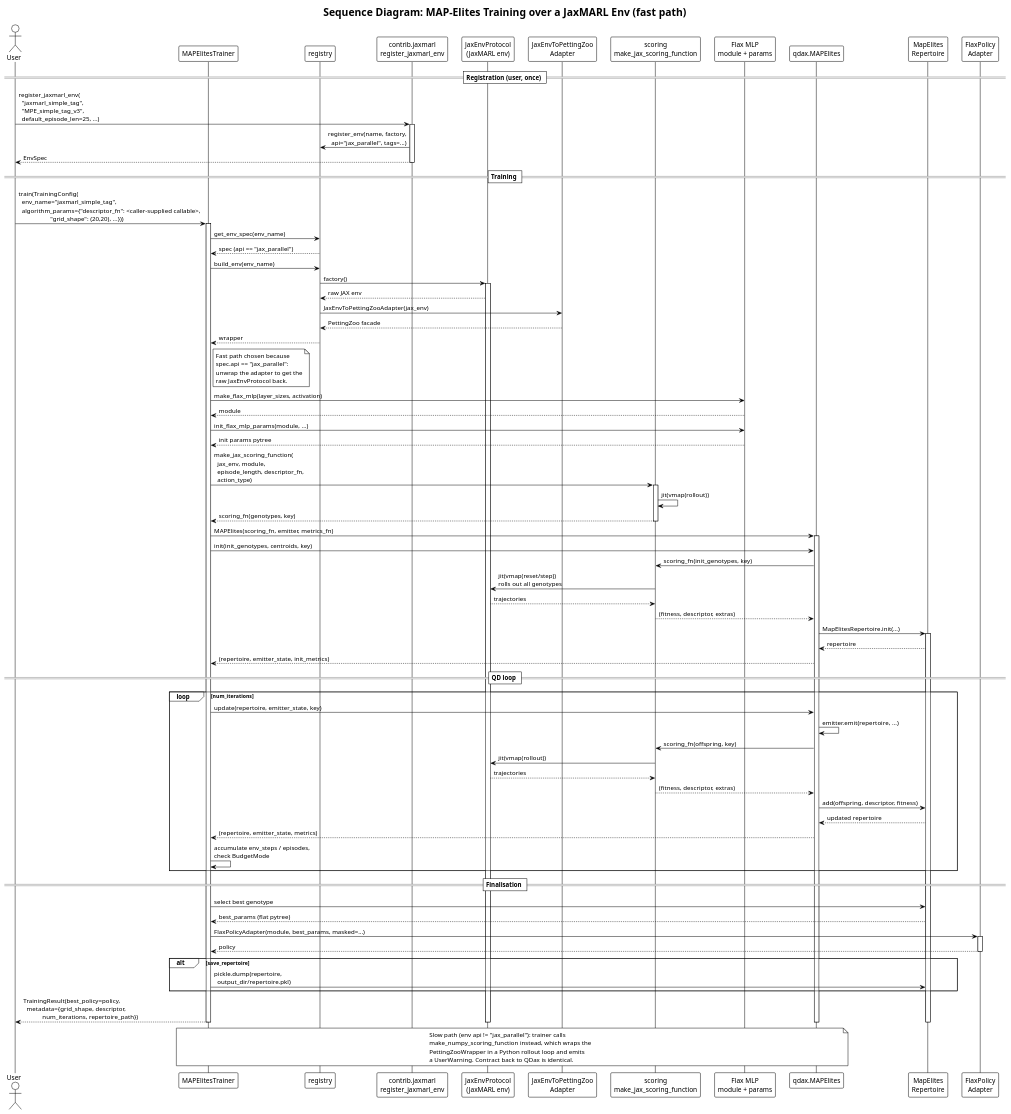
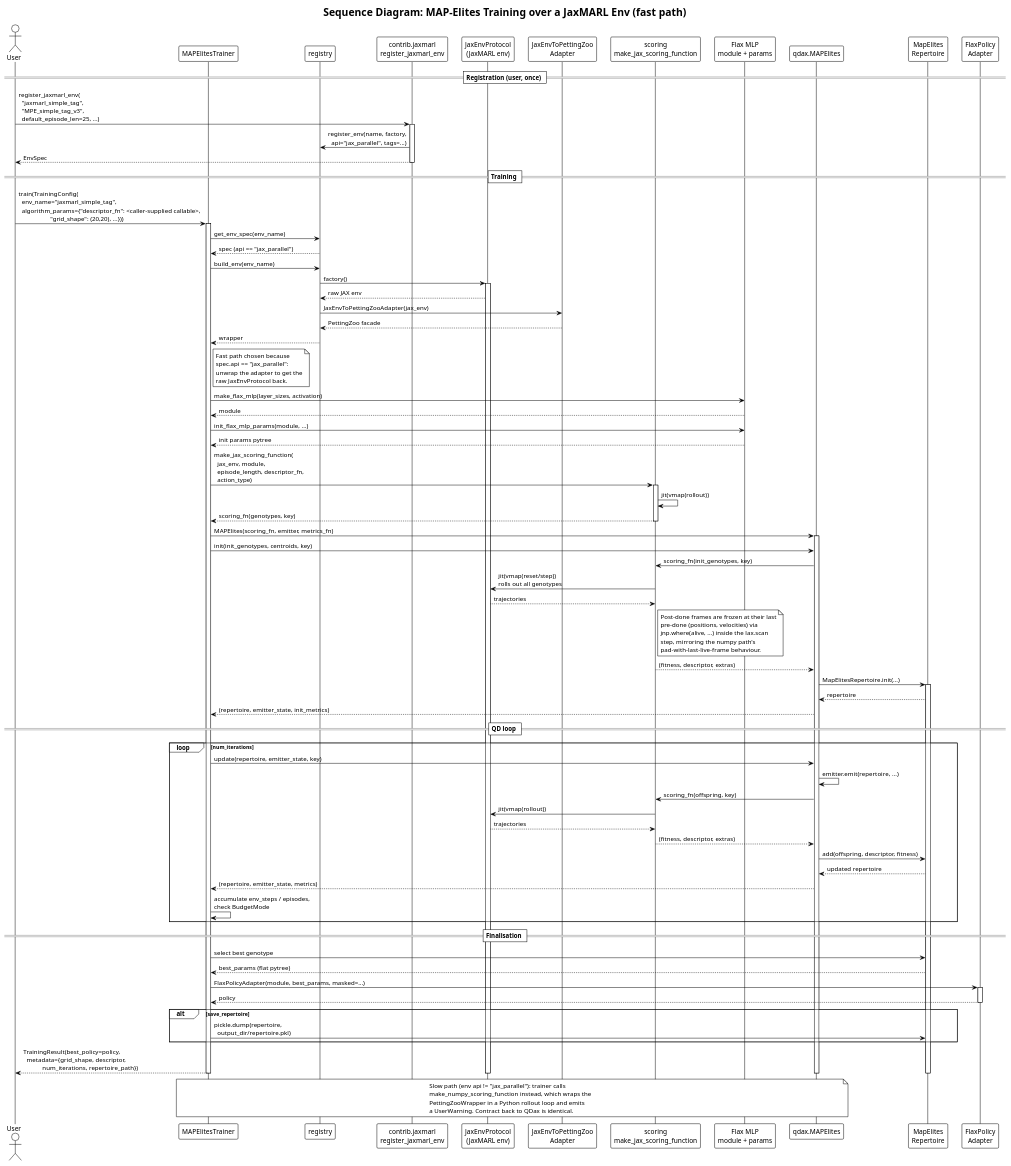
The diagram in docs/UML/sequence_qdax_jax.puml (Alex180504/DEAP-Zoo-bridge), drawn with PlantUML before and after one commit. The commit also changed 16 other files, not shown here.

```diff
--- a/docs/UML/sequence_qdax_jax.puml
+++ b/docs/UML/sequence_qdax_jax.puml
@@ -1,114 +1,121 @@
 @startuml sequence_qdax_jax
 !theme plain
 title Sequence Diagram: MAP-Elites Training over a JaxMARL Env (fast path)
 
 actor "User" as User
 participant "MAPElitesTrainer" as Trainer
 participant "registry" as Registry
 participant "contrib.jaxmarl\nregister_jaxmarl_env" as JaxMARLMod
 participant "JaxEnvProtocol\n(JaxMARL env)" as JaxEnv
 participant "JaxEnvToPettingZoo\nAdapter" as Adapter
 participant "scoring\nmake_jax_scoring_function" as Scoring
 participant "Flax MLP\nmodule + params" as Flax
 participant "qdax.MAPElites" as QDax
 participant "MapElites\nRepertoire" as Repertoire
 participant "FlaxPolicy\nAdapter" as Policy
 
 == Registration (user, once) ==
 
 User -> JaxMARLMod : register_jaxmarl_env(\n  "jaxmarl_simple_tag",\n  "MPE_simple_tag_v3",\n  default_episode_len=25, ...)
 activate JaxMARLMod
 JaxMARLMod -> Registry : register_env(name, factory,\n  api="jax_parallel", tags=...)
 JaxMARLMod --> User : EnvSpec
 deactivate JaxMARLMod
 
 == Training ==
 
 User -> Trainer : train(TrainingConfig(\n  env_name="jaxmarl_simple_tag",\n  algorithm_params={"descriptor_fn": <caller-supplied callable>,\n                    "grid_shape": (20,20), ...}))
 activate Trainer
 
 Trainer -> Registry : get_env_spec(env_name)
 Registry --> Trainer : spec (api == "jax_parallel")
 
 Trainer -> Registry : build_env(env_name)
 Registry -> JaxEnv : factory()
 activate JaxEnv
 JaxEnv --> Registry : raw JAX env
 Registry -> Adapter : JaxEnvToPettingZooAdapter(jax_env)
 Adapter --> Registry : PettingZoo facade
 Registry --> Trainer : wrapper
 
 note right of Trainer
   Fast path chosen because
   spec.api == "jax_parallel":
   unwrap the adapter to get the
   raw JaxEnvProtocol back.
 end note
 
 Trainer -> Flax : make_flax_mlp(layer_sizes, activation)
 Flax --> Trainer : module
 Trainer -> Flax : init_flax_mlp_params(module, ...)
 Flax --> Trainer : init params pytree
 
 Trainer -> Scoring : make_jax_scoring_function(\n  jax_env, module,\n  episode_length, descriptor_fn,\n  action_type)
 activate Scoring
 Scoring -> Scoring : jit(vmap(rollout))
 Scoring --> Trainer : scoring_fn(genotypes, key)
 deactivate Scoring
 
 Trainer -> QDax : MAPElites(scoring_fn, emitter, metrics_fn)
 activate QDax
 
 Trainer -> QDax : init(init_genotypes, centroids, key)
 QDax -> Scoring : scoring_fn(init_genotypes, key)
 Scoring -> JaxEnv : jit(vmap(reset/step))\nrolls out all genotypes
 JaxEnv --> Scoring : trajectories
+note right of Scoring
+  Post-done frames are frozen at their last
+  pre-done (positions, velocities) via
+  jnp.where(alive, ...) inside the lax.scan
+  step, mirroring the numpy path's
+  pad-with-last-live-frame behaviour.
+end note
 Scoring --> QDax : (fitness, descriptor, extras)
 QDax -> Repertoire : MapElitesRepertoire.init(...)
 activate Repertoire
 Repertoire --> QDax : repertoire
 QDax --> Trainer : (repertoire, emitter_state, init_metrics)
 
 == QD loop ==
 
 loop num_iterations
     Trainer -> QDax : update(repertoire, emitter_state, key)
     QDax -> QDax : emitter.emit(repertoire, ...)
     QDax -> Scoring : scoring_fn(offspring, key)
     Scoring -> JaxEnv : jit(vmap(rollout))
     JaxEnv --> Scoring : trajectories
     Scoring --> QDax : (fitness, descriptor, extras)
     QDax -> Repertoire : add(offspring, descriptor, fitness)
     Repertoire --> QDax : updated repertoire
     QDax --> Trainer : (repertoire, emitter_state, metrics)
     Trainer -> Trainer : accumulate env_steps / episodes,\ncheck BudgetMode
 end
 
 == Finalisation ==
 
 Trainer -> Repertoire : select best genotype
 Repertoire --> Trainer : best_params (flat pytree)
 
 Trainer -> Policy : FlaxPolicyAdapter(module, best_params, masked=...)
 activate Policy
 Policy --> Trainer : policy
 deactivate Policy
 
 alt save_repertoire
   Trainer -> Repertoire : pickle.dump(repertoire,\n  output_dir/repertoire.pkl)
 end
 
 Trainer --> User : TrainingResult(best_policy=policy,\n  metadata={grid_shape, descriptor,\n            num_iterations, repertoire_path})
 deactivate QDax
 deactivate Repertoire
 deactivate JaxEnv
 deactivate Trainer
 
 note over Trainer, QDax
   Slow path (env api != "jax_parallel"): trainer calls
   make_numpy_scoring_function instead, which wraps the
   PettingZooWrapper in a Python rollout loop and emits
   a UserWarning. Contract back to QDax is identical.
 end note
 
 @enduml
```
